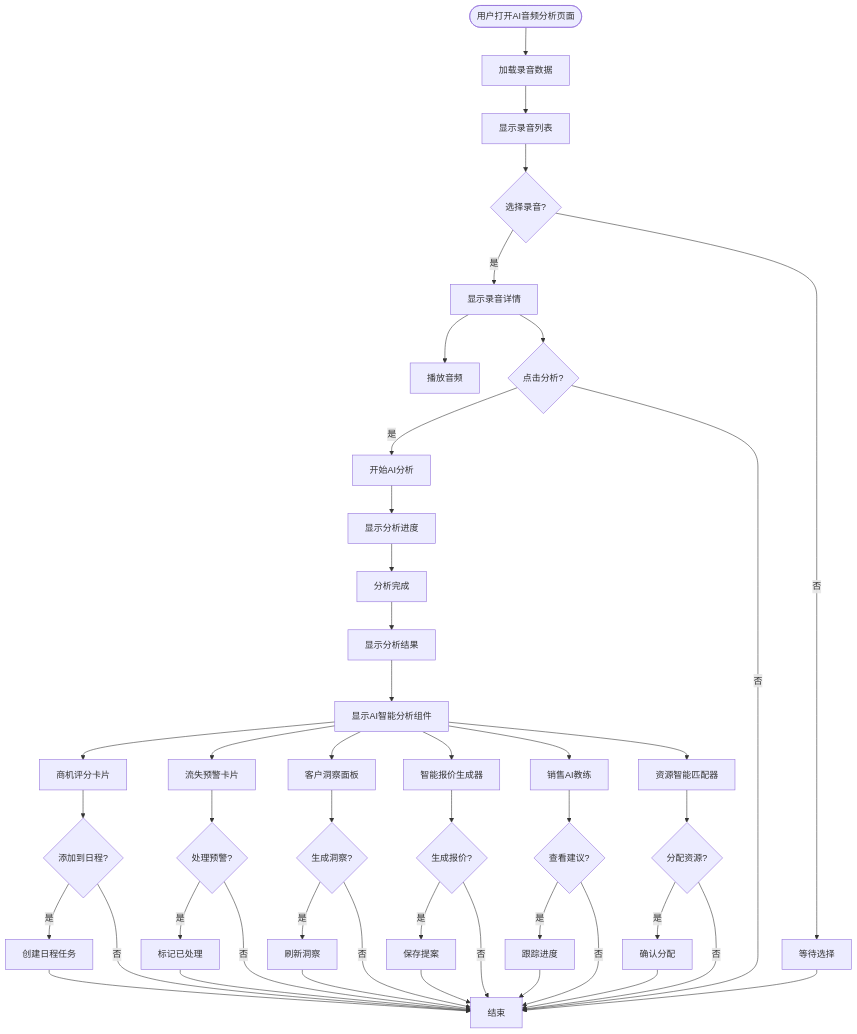
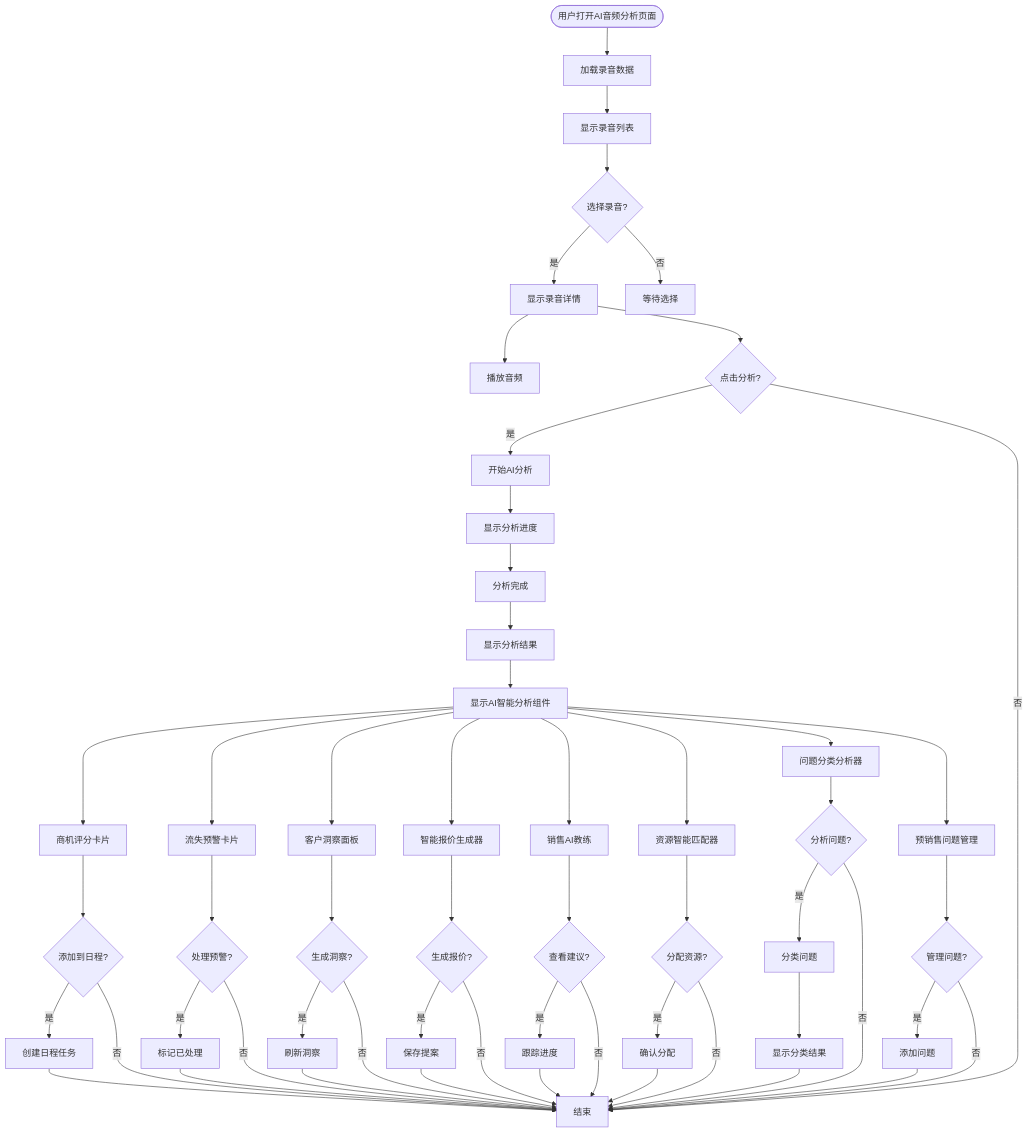
Diagram 11 of 12 in .qoder/repowiki/zh/content/Ai Audio Analysis.md (xianjianshenqu/SalesFlow-CRM), drawn with Mermaid before and after one commit. The commit also changed other lines of this file and 5 other files, not shown here.

````diff
--- a/.qoder/repowiki/zh/content/Ai Audio Analysis.md
+++ b/.qoder/repowiki/zh/content/Ai Audio Analysis.md
@@ -661,47 +778,58 @@
 ```mermaid
 flowchart TD
 Start([用户打开AI音频分析页面]) --> LoadData[加载录音数据]
 LoadData --> ShowList[显示录音列表]
 ShowList --> SelectRecording{选择录音?}
 SelectRecording --> |是| ShowDetails[显示录音详情]
 SelectRecording --> |否| Wait[等待选择]
 ShowDetails --> PlayAudio[播放音频]
 ShowDetails --> AnalyzeButton{点击分析?}
 AnalyzeButton --> |是| StartAnalysis[开始AI分析]
 AnalyzeButton --> |否| End[结束]
 StartAnalysis --> ShowProgress[显示分析进度]
 ShowProgress --> AnalysisComplete[分析完成]
 AnalysisComplete --> ShowResults[显示分析结果]
 ShowResults --> ShowAIComponents[显示AI智能分析组件]
 ShowAIComponents --> OpportunityScore[商机评分卡片]
 ShowAIComponents --> ChurnAlert[流失预警卡片]
 ShowAIComponents --> CustomerInsight[客户洞察面板]
 ShowAIComponents --> SmartQuotation[智能报价生成器]
 ShowAIComponents --> SalesCoach[销售AI教练]
 ShowAIComponents --> ResourceMatching[资源智能匹配器]
+ShowAIComponents --> QuestionClassification[问题分类分析器]
+ShowAIComponents --> PresalesQuestions[预销售问题管理]
 OpportunityScore --> AddToSchedule{添加到日程?}
 ChurnAlert --> HandleAlert{处理预警?}
 CustomerInsight --> GenerateInsight{生成洞察?}
 SmartQuotation --> GenerateProposal{生成报价?}
 SalesCoach --> ViewSuggestions{查看建议?}
 ResourceMatching --> AssignResource{分配资源?}
+QuestionClassification --> AnalyzeQuestion{分析问题?}
+PresalesQuestions --> ManageQuestions{管理问题?}
 AddToSchedule --> |是| CreateTask[创建日程任务]
 AddToSchedule --> |否| End
 HandleAlert --> |是| MarkHandled[标记已处理]
 HandleAlert --> |否| End
 GenerateInsight --> |是| RefreshInsight[刷新洞察]
 GenerateInsight --> |否| End
 GenerateProposal --> |是| SaveProposal[保存提案]
 GenerateProposal --> |否| End
 ViewSuggestions --> |是| TrackProgress[跟踪进度]
 ViewSuggestions --> |否| End
 AssignResource --> |是| ConfirmAssignment[确认分配]
 AssignResource --> |否| End
+AnalyzeQuestion --> |是| ClassifyQuestion[分类问题]
+AnalyzeQuestion --> |否| End
+ManageQuestions --> |是| AddQuestion[添加问题]
+ManageQuestions --> |否| End
+ClassifyQuestion --> ShowClassification[显示分类结果]
+ShowClassification --> End
+AddQuestion --> End
 CreateTask --> End
 MarkHandled --> End
 RefreshInsight --> End
 SaveProposal --> End
 TrackProgress --> End
 ConfirmAssignment --> End
-Wait --> End
+End
 ```
````
